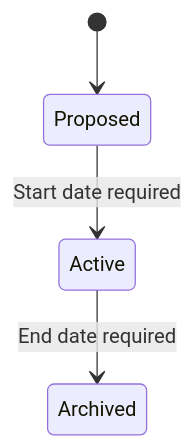
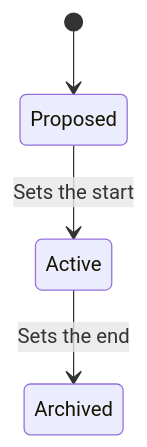
One commit to destacey/Wayd changed the second of 3 diagrams in docs/user-guide/strategic-management/index.mdx. Above: the diagram before and after it, drawn with Mermaid. The commit also changed other lines of this file and 78 other files, not shown here.

````diff
--- a/docs/user-guide/strategic-management/index.mdx
+++ b/docs/user-guide/strategic-management/index.mdx
@@ -56,6 +59,6 @@
 ```mermaid
 stateDiagram-v2
     [*] --> Proposed
-    Proposed --> Active : Start date required
-    Active --> Archived : End date required
+    Proposed --> Active : Sets the start
+    Active --> Archived : Sets the end
 ```
````
